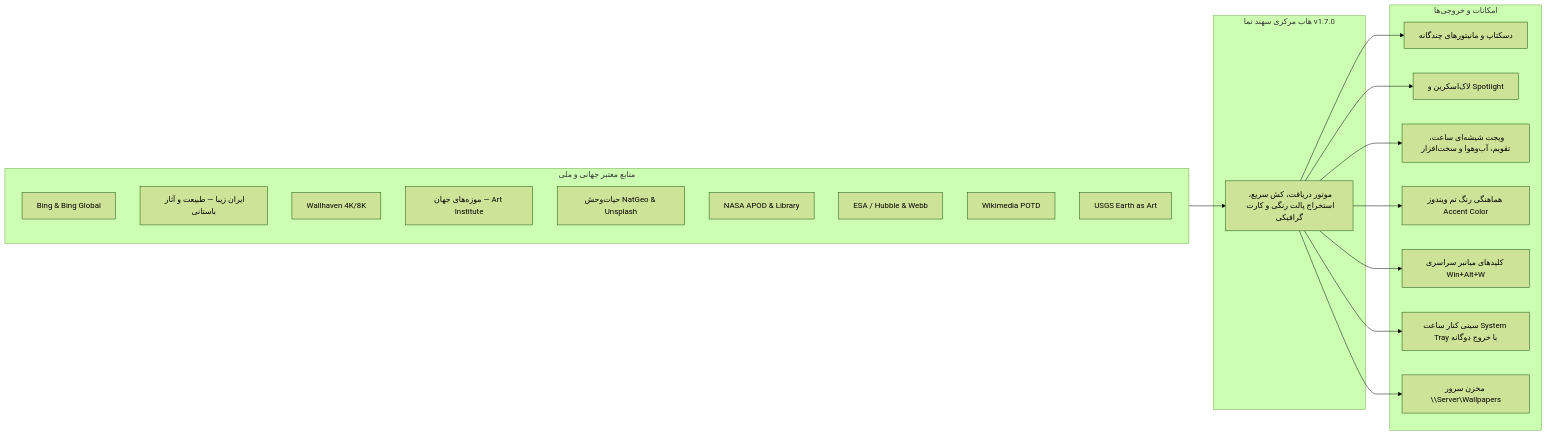
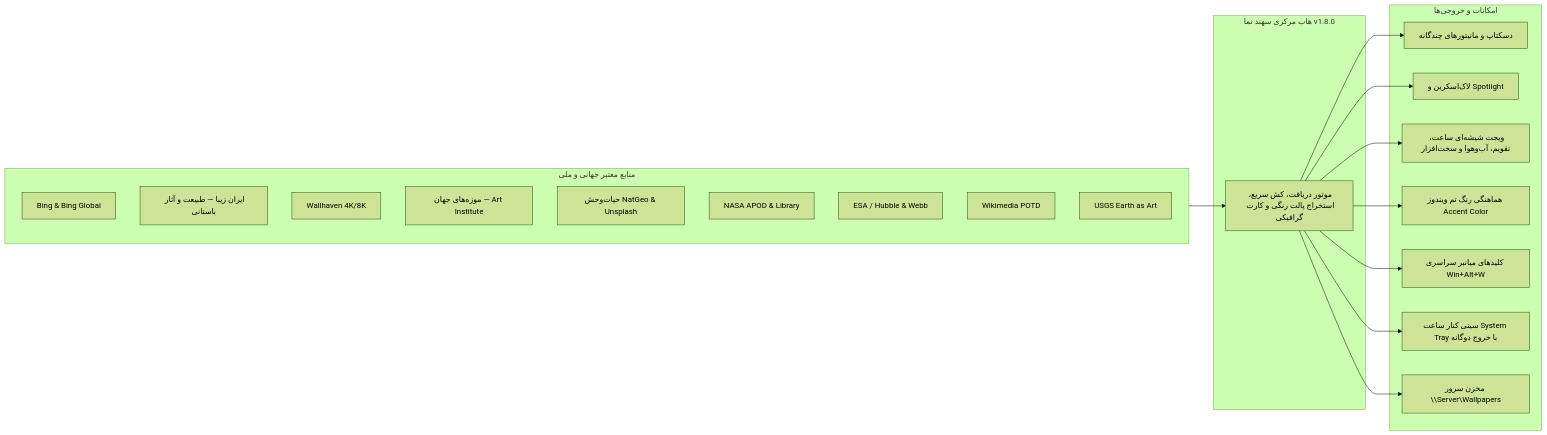
The diagram in README.md (taimazus/SetWinWallpaper), drawn with Mermaid (forest theme) before and after one commit. The commit also changed other lines of this file and 13 other files, not shown here.

````diff
--- a/README.md
+++ b/README.md
@@ -32,37 +32,37 @@
 ```mermaid
 graph LR
     subgraph Sources ["منابع معتبر جهانی و ملی"]
         B["Bing & Bing Global"]
         IR["ایران زیبا — طبیعت و آثار باستانی"]
         W4K["Wallhaven 4K/8K"]
         ART["موزه‌های جهان — Art Institute"]
         GEO["حیات‌وحش NatGeo & Unsplash"]
         N["NASA APOD & Library"]
         H["ESA / Hubble & Webb"]
         W["Wikimedia POTD"]
         E["USGS Earth as Art"]
     end
     
-    subgraph Engine ["هاب مرکزی سهند نما v1.7.0"]
+    subgraph Engine ["هاب مرکزی سهند نما v1.8.0"]
         Core["موتور دریافت، کش سریع، استخراج پالت رنگی و کارت گرافیکی"]
     end
     
     subgraph Targets ["امکانات و خروجی‌ها"]
         D["دسکتاپ و مانیتورهای چندگانه"]
         L["لاک‌اسکرین و Spotlight"]
         WID["ویجت شیشه‌ای ساعت، تقویم، آب‌وهوا و سخت‌افزار"]
         CLR["هماهنگی رنگ تم ویندوز Accent Color"]
         HK["کلیدهای میانبر سراسری Win+Alt+W"]
         TRY["سینی کنار ساعت System Tray با خروج دوگانه"]
         S["مخزن سرور \\Server\Wallpapers"]
     end
     
     Sources --> Core
     Core --> D
     Core --> L
     Core --> WID
     Core --> CLR
     Core --> HK
     Core --> TRY
     Core --> S
 ```
````
